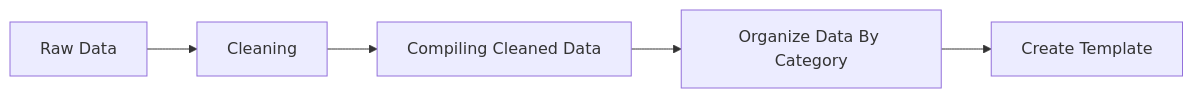
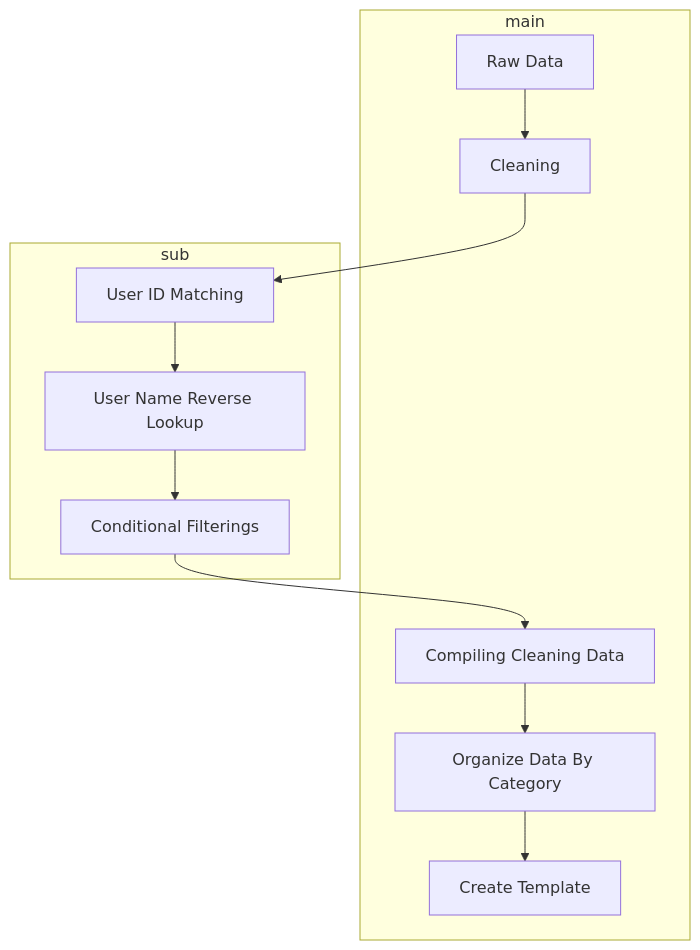
The diagram in docs/index.md (keanteng/blueautomata), drawn with Mermaid before and after one commit. The commit also changed other lines of this file and 9 other files, not shown here.

````diff
--- a/docs/index.md
+++ b/docs/index.md
@@ -9,7 +21,15 @@
 ``` mermaid
-graph LR
-A[Raw Data] --> B[Cleaning];
-B[Cleaning] --> C[Compiling Cleaned Data];
-C[Compiling Cleaned Data] --> D[Organize Data By Category]
-D[Organize Data By Category] --> E[Create Template]
+flowchart TD
+    subgraph main
+    A[Raw Data] --> B[Cleaning];
+    C[Compiling Cleaned Data] --> D[Organize Data By Category]
+    D[Organize Data By Category] --> E[Create Template]
+    end
+
+    subgraph sub
+    B[Cleaning] --> B1[User ID Matching]
+    B1[User ID Matching] --> B2[User Name Reverse Lookup]
+    B2[User Name Reverse Lookup] --> B3[Conditional Filterings]
+    B3[Conditional Filterings] --> C[Compiling Cleaning Data]
+    end
 ```
````
